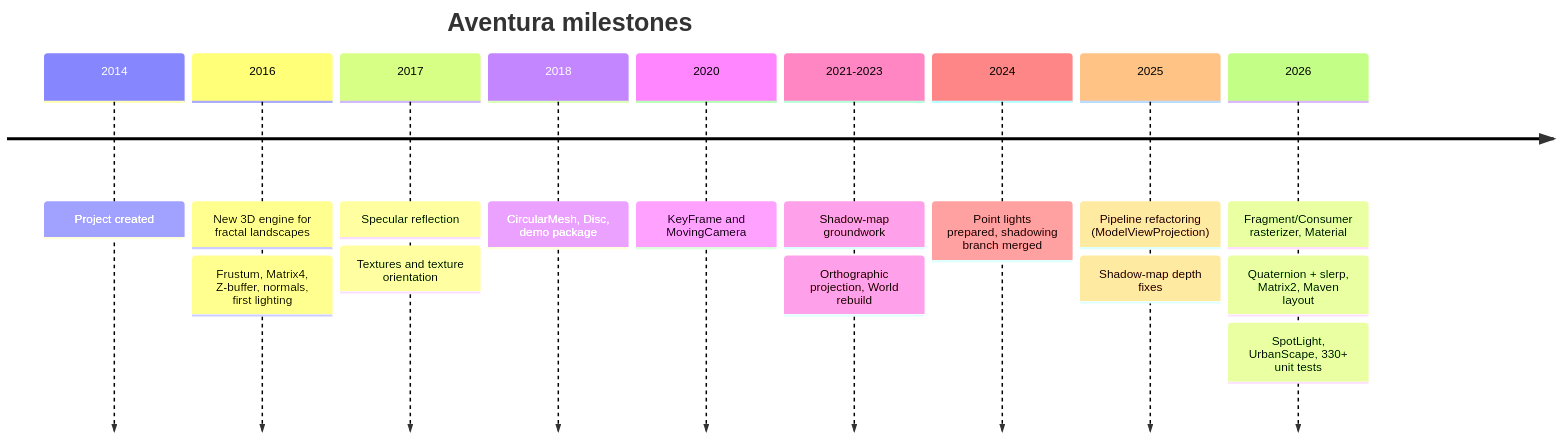
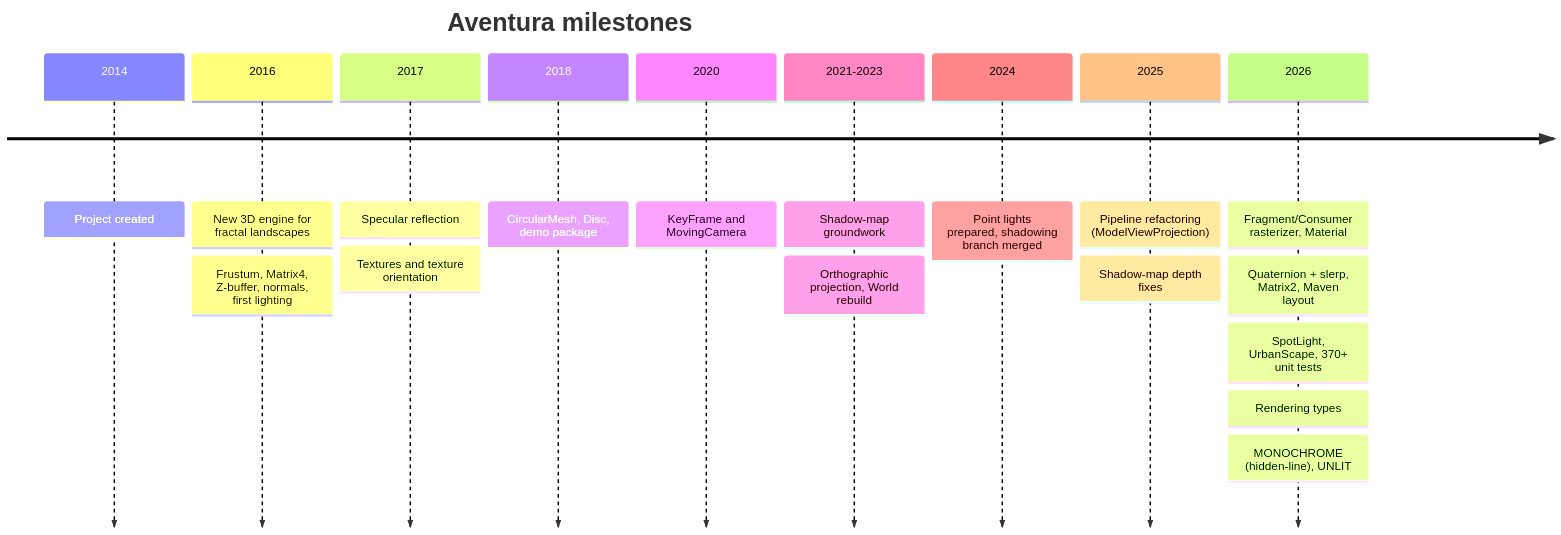
Diagram 18 of 20 in docs/DESIGN.md (obarry/Aventura), drawn with Mermaid before and after one commit. The commit also changed other lines of this file and 1 other file, not shown here.

First line of the commit message:
Docs: update README and DESIGN for the new rendering types

````diff
--- a/docs/DESIGN.md
+++ b/docs/DESIGN.md
@@ -662,19 +666,20 @@
 ```mermaid
 timeline
     title Aventura milestones
     2014 : Project created
     2016 : New 3D engine for fractal landscapes
          : Frustum, Matrix4, Z-buffer, normals, first lighting
     2017 : Specular reflection
          : Textures and texture orientation
     2018 : CircularMesh, Disc, demo package
     2020 : KeyFrame and MovingCamera
     2021-2023 : Shadow-map groundwork
               : Orthographic projection, World rebuild
     2024 : Point lights prepared, shadowing branch merged
     2025 : Pipeline refactoring (ModelViewProjection)
          : Shadow-map depth fixes
     2026 : Fragment/Consumer rasterizer, Material
          : Quaternion + slerp, Matrix2, Maven layout
-         : SpotLight, UrbanScape, 330+ unit tests
+         : SpotLight, UrbanScape, 370+ unit tests
+         : Rendering types: MONOCHROME (hidden-line), UNLIT
 ```
````
